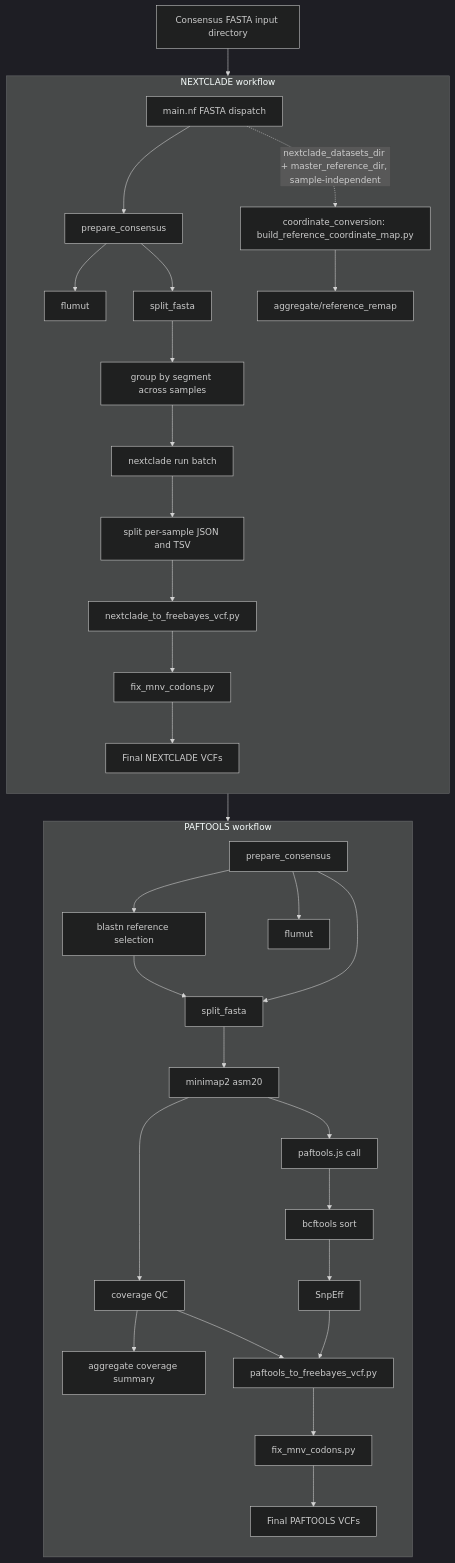
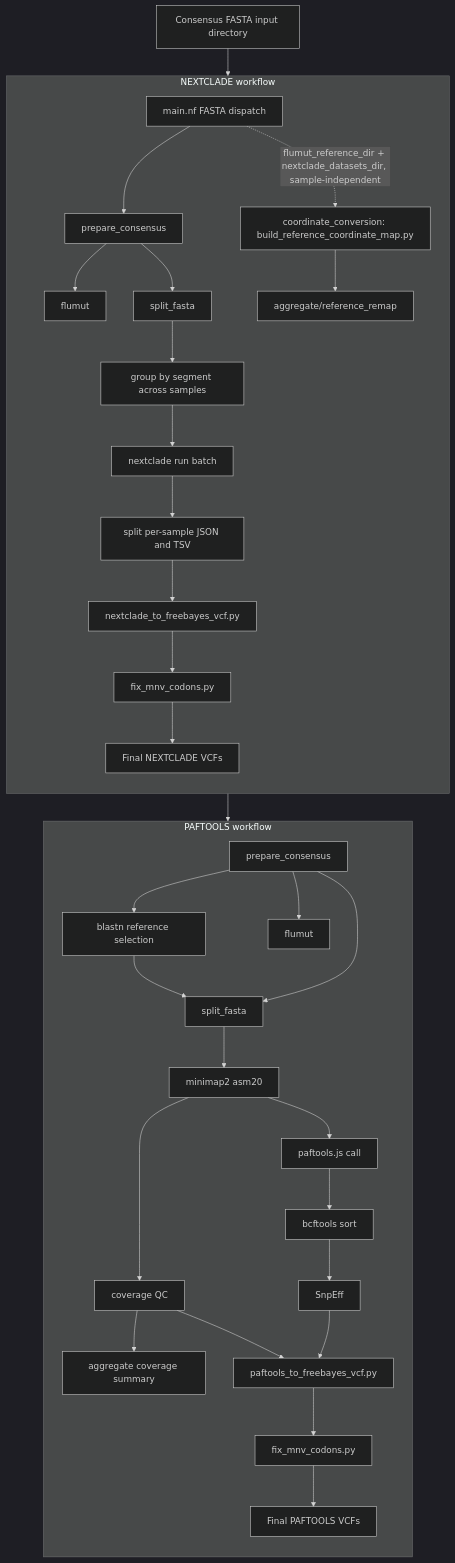
Before and after one commit to BCCDC-PHL/fluscan-nf: the diagram in README.md, drawn with Mermaid (dark theme). The commit also changed other lines of this file and 4 other files, not shown here.

````diff
--- a/README.md
+++ b/README.md
@@ -44,67 +44,67 @@
 ```mermaid
 flowchart TD
     input[Consensus FASTA input directory]
     dispatch[main.nf FASTA dispatch]
 
     input --> dispatch
     dispatch --> paftools_prepare
     dispatch --> nextclade_prepare
 
     subgraph PAFTOOLS[PAFTOOLS workflow]
         direction TB
         paftools_prepare[prepare_consensus]
         paftools_flumut[flumut]
         blastn[blastn reference selection]
         split_ref[split_fasta]
         minimap[minimap2 asm20]
         covqc[coverage QC]
         covagg[aggregate coverage summary]
         paftools_call[paftools.js call]
         sortvcf[bcftools sort]
         snpeff[SnpEff]
         paf2fb[paftools_to_freebayes_vcf.py]
         fixmnv_paf[fix_mnv_codons.py]
         paf_final[Final PAFTOOLS VCFs]
 
         paftools_prepare --> blastn
         paftools_prepare --> paftools_flumut
         paftools_prepare --> split_ref
         blastn --> split_ref
         split_ref --> minimap
         minimap --> covqc
         covqc --> covagg
         minimap --> paftools_call
         paftools_call --> sortvcf
         sortvcf --> snpeff
         snpeff --> paf2fb
         covqc --> paf2fb
         paf2fb --> fixmnv_paf
         fixmnv_paf --> paf_final
     end
 
     subgraph NEXTCLADE[NEXTCLADE workflow]
         direction TB
         nextclade_prepare[prepare_consensus]
         nextclade_flumut[flumut]
         split_consensus[split_fasta]
         groupseg[group by segment across samples]
         nc_run[nextclade run batch]
         split_results[split per-sample JSON and TSV]
         nc2vcf[nextclade_to_freebayes_vcf.py]
         fixmnv_nc[fix_mnv_codons.py]
         nc_final[Final NEXTCLADE VCFs]
         coord_map[coordinate_conversion: build_reference_coordinate_map.py]
         coord_final[aggregate/reference_remap]
 
         nextclade_prepare --> nextclade_flumut
         nextclade_prepare --> split_consensus
         split_consensus --> groupseg
         groupseg --> nc_run
         nc_run --> split_results
         split_results --> nc2vcf
         nc2vcf --> fixmnv_nc
         fixmnv_nc --> nc_final
-        dispatch -.->|nextclade_datasets_dir + master_reference_dir, sample-independent| coord_map
+        dispatch -.->|flumut_reference_dir + nextclade_datasets_dir, sample-independent| coord_map
         coord_map --> coord_final
     end
 ```
````
